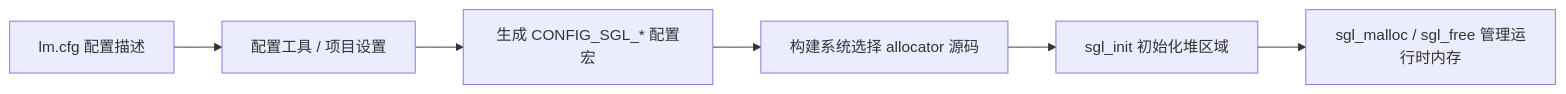
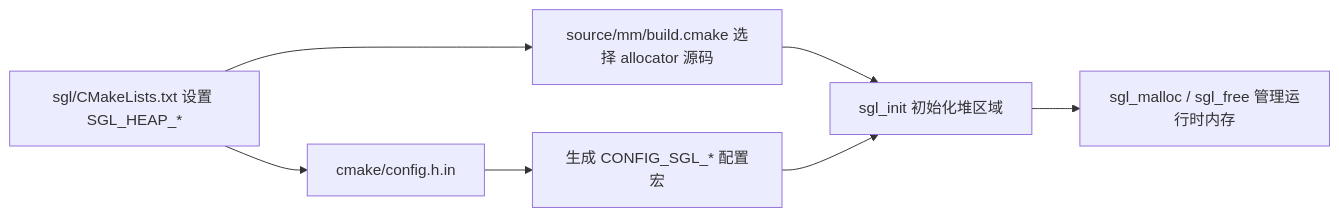
The diagram in source/mm/memory_heap.md (sgl-org/sgl), drawn with Mermaid before and after one commit. The commit also changed other lines of this file and 1 other file, not shown here.

````diff
--- a/source/mm/memory_heap.md
+++ b/source/mm/memory_heap.md
@@ -30,8 +38,9 @@
 ```mermaid
 flowchart LR
-    A["lm.cfg 配置描述"] --> B["配置工具 / 项目设置"]
+    A["sgl/CMakeLists.txt 设置 SGL_HEAP_*"] --> B["cmake/config.h.in"]
     B --> C["生成 CONFIG_SGL_* 配置宏"]
-    C --> D["构建系统选择 allocator 源码"]
+    A --> D["source/mm/build.cmake 选择 allocator 源码"]
     D --> E["sgl_init 初始化堆区域"]
+    C --> E
     E --> F["sgl_malloc / sgl_free 管理运行时内存"]
 ```
````
